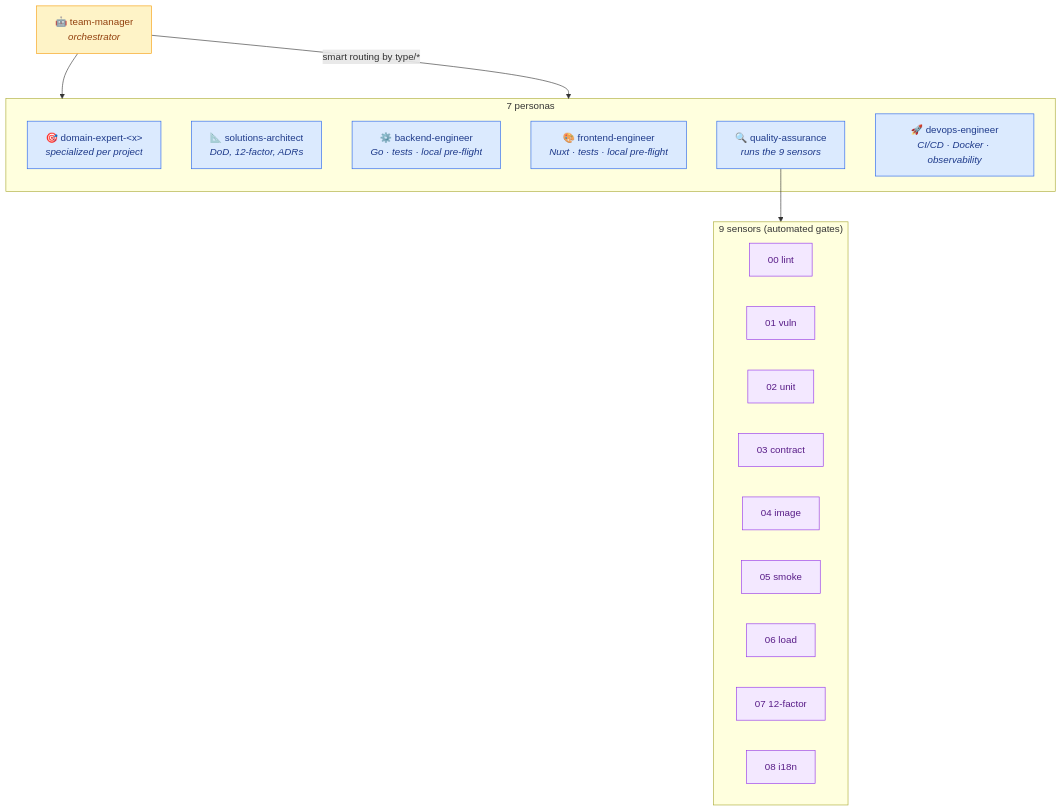
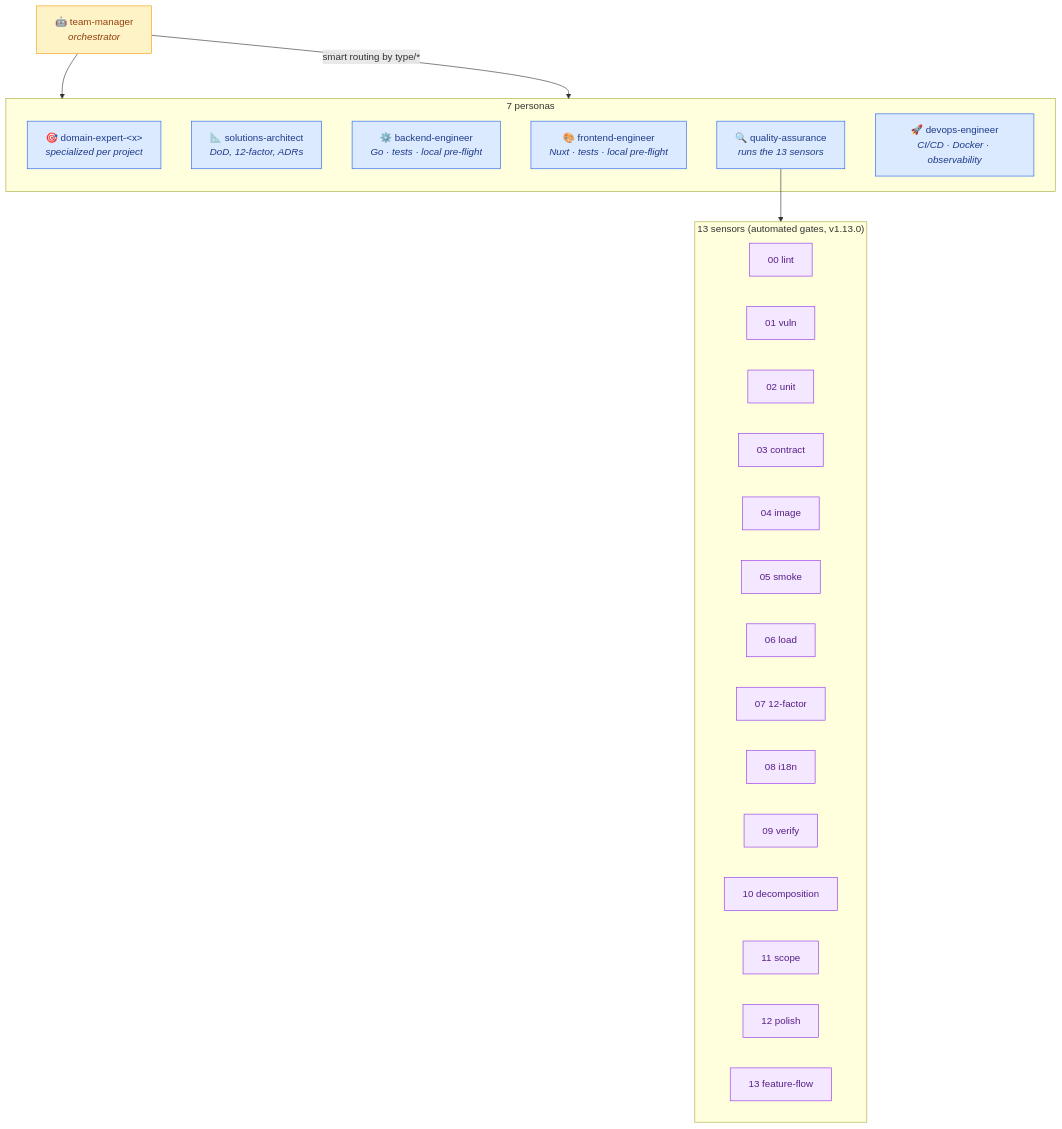
One commit to brenonaraujo/git-meta-harness changed the fourth of 6 diagrams in README.md. Above: the diagram before and after it, drawn with Mermaid. The commit also changed other lines of this file, not shown here.

First line of the commit message:
docs(readme): update for v1.13.0 (27 releases, 13 sensors, 24 invariants)

````diff
--- a/README.md
+++ b/README.md
@@ -311,36 +341,41 @@
 ```mermaid
 flowchart TB
     TM["🤖 team-manager<br/><i>orchestrator</i>"]
 
     subgraph PERSONAS["7 personas"]
         DE["🎯 domain-expert-&lt;x&gt;<br/><i>specialized per project</i>"]
         SA["📐 solutions-architect<br/><i>DoD, 12-factor, ADRs</i>"]
         BE["⚙️ backend-engineer<br/><i>Go · tests · local pre-flight</i>"]
         FE["🎨 frontend-engineer<br/><i>Nuxt · tests · local pre-flight</i>"]
-        QA["🔍 quality-assurance<br/><i>runs the 9 sensors</i>"]
+        QA["🔍 quality-assurance<br/><i>runs the 13 sensors</i>"]
         DO["🚀 devops-engineer<br/><i>CI/CD · Docker · observability</i>"]
     end
 
-    subgraph SENSORS["9 sensors (automated gates)"]
+    subgraph SENSORS["13 sensors (automated gates, v1.13.0)"]
         S1["00 lint"]
         S2["01 vuln"]
         S3["02 unit"]
         S4["03 contract"]
         S5["04 image"]
         S6["05 smoke"]
         S7["06 load"]
         S8["07 12-factor"]
         S9["08 i18n"]
+        S10["09 verify"]
+        S11["10 decomposition"]
+        S12["11 scope"]
+        S13["12 polish"]
+        S14["13 feature-flow"]
     end
 
     TM --> PERSONAS
     QA --> SENSORS
     TM -->|"smart routing by type/*"| PERSONAS
 
     classDef orchestrator fill:#fef3c7,stroke:#f59e0b,color:#92400e
     classDef persona fill:#dbeafe,stroke:#2563eb,color:#1e3a8a
     classDef sensor fill:#f3e8ff,stroke:#9333ea,color:#581c87
     class TM orchestrator
     class DE,SA,BE,FE,QA,DO persona
-    class S1,S2,S3,S4,S5,S6,S7,S8,S9 sensor
+    class S1,S2,S3,S4,S5,S6,S7,S8,S9,S10,S11,S12,S13,S14 sensor
 ```
````
